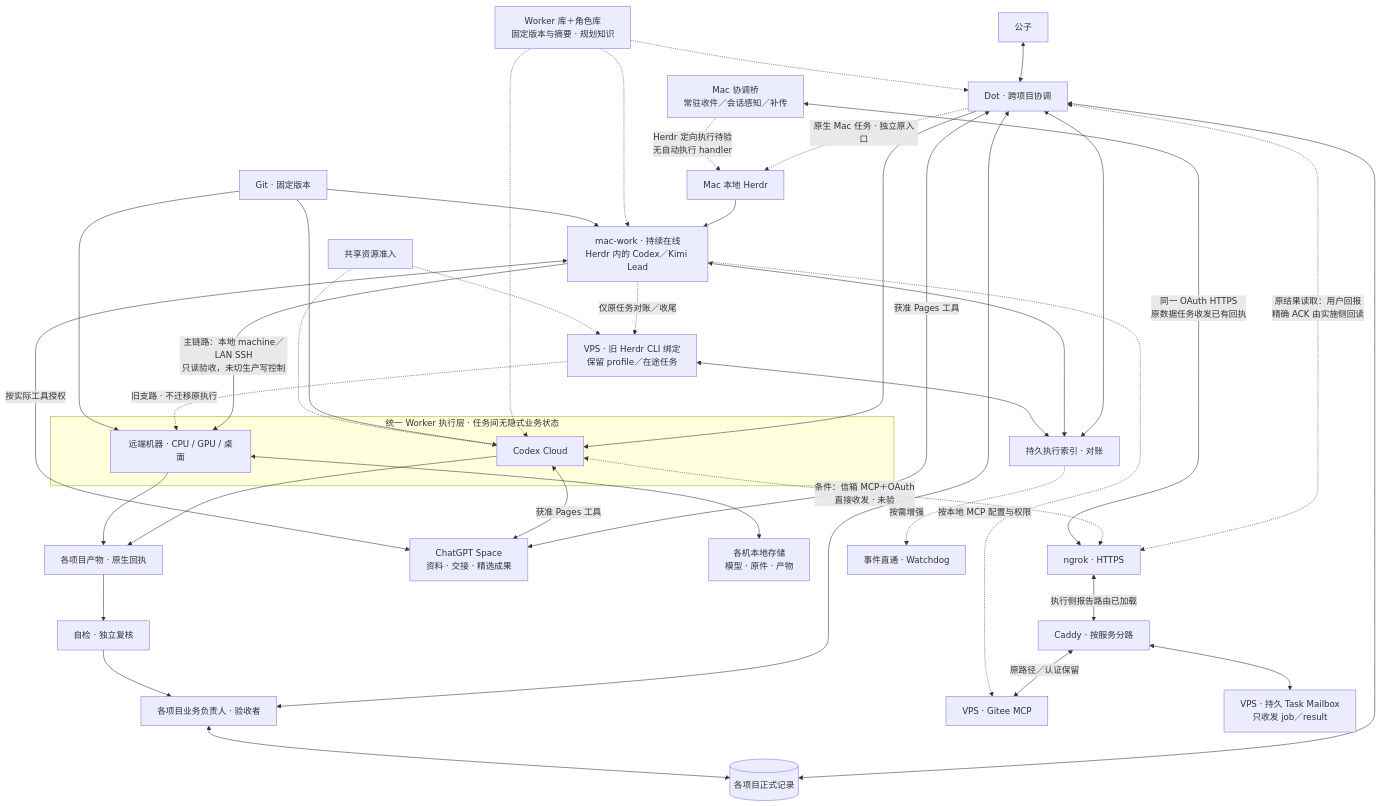
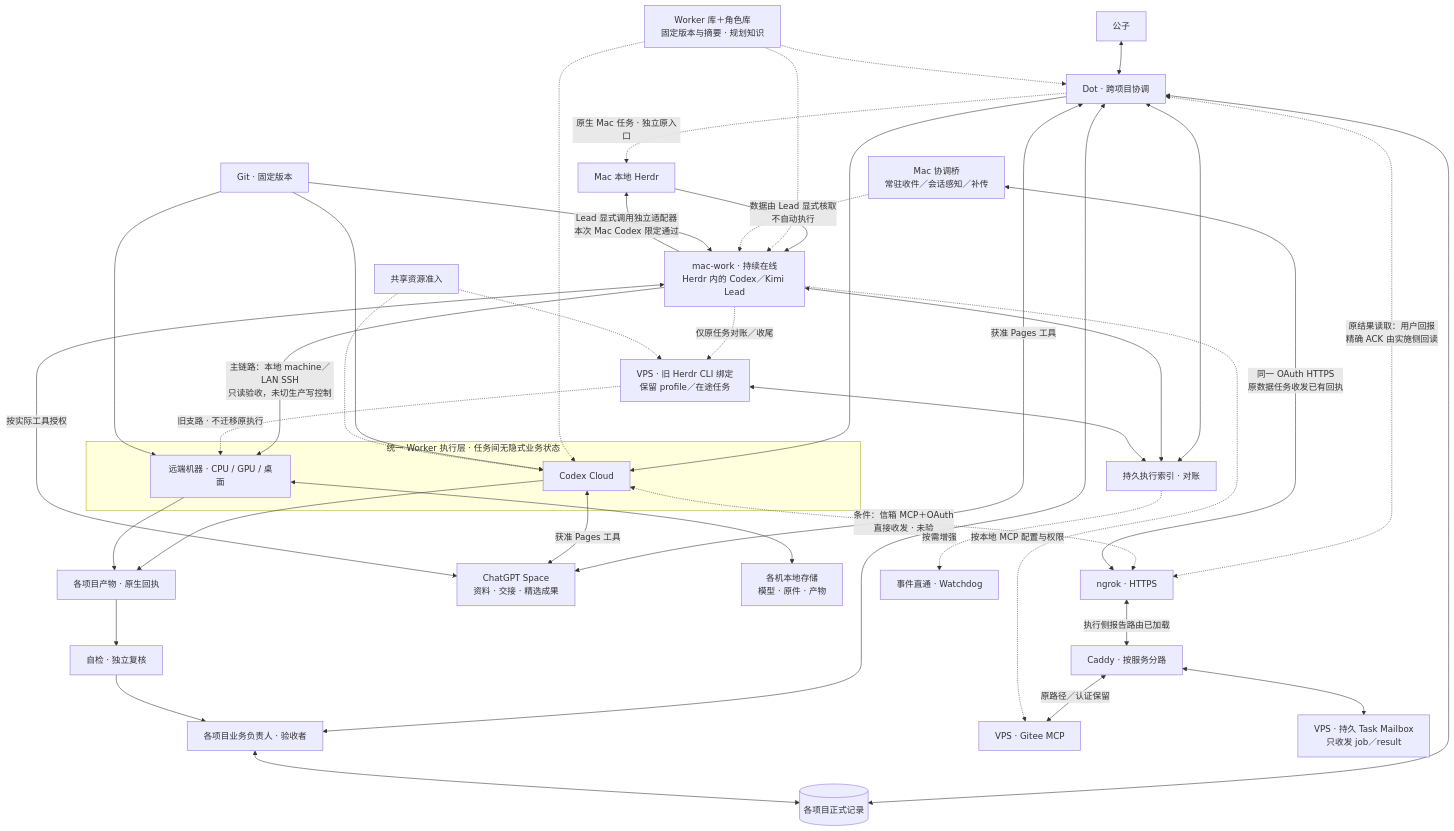
The first of 2 diagrams in docs/architecture.md (CF-FE/herdr-4-codexcloud), drawn with Mermaid before and after one commit. The commit also changed other lines of this file and 8 other files, not shown here.

````diff
--- a/docs/architecture.md
+++ b/docs/architecture.md
@@ -53,45 +53,46 @@
 ```mermaid
 flowchart TD
     U["公子"] <--> D["Dot · 跨项目协调"]
     D <--> O["各项目业务负责人 · 验收者"]
     D <--> P[("各项目正式记录")]
     O <--> P
     D -.->|"原生 Mac 任务 · 独立原入口"| H["Mac 本地 Herdr"]
     H --> A["mac-work · 持续在线<br/>Herdr 内的 Codex／Kimi Lead"]
     subgraph POOL["统一 Worker 执行层 · 任务间无隐式业务状态"]
         C["Codex Cloud"]
         M["远端机器 · CPU / GPU / 桌面"]
     end
     D --> C
     K["Worker 库＋角色库<br/>固定版本与摘要 · 规划知识"] -.-> D
     K -.-> A
     K -.-> C
     A -->|"主链路：本地 machine／LAN SSH<br/>只读验收，未切生产写控制"| M
     A -.->|"仅原任务对账／收尾"| V["VPS · 旧 Herdr CLI 绑定<br/>保留 profile／在途任务"]
     V -.->|"旧支路 · 不迁移原执行"| M
     D <-.->|"原结果读取：用户回报<br/>精确 ACK 由实施侧回读"| NG["ngrok · HTTPS"]
     C <-.->|"条件：信箱 MCP＋OAuth<br/>直接收发 · 未验"| NG
     NG <-->|"执行侧报告路由已加载"| RT["Caddy · 按服务分路"]
     RT <-->|"原路径／认证保留"| VS["VPS · Gitee MCP"]
     RT <--> MB["VPS · 持久 Task Mailbox<br/>只收发 job／result"]
     MC["Mac 协调桥<br/>常驻收件／会话感知／补传"] <-->|"同一 OAuth HTTPS<br/>原数据任务收发已有回执"| NG
-    MC -.->|"Herdr 定向执行待验<br/>无自动执行 handler"| H
+    MC -.->|"数据由 Lead 显式核取<br/>不自动执行"| A
+    A -->|"Lead 显式调用独立适配器<br/>本次 Mac Codex 限定通过"| H
     A -.->|"按本地 MCP 配置与权限"| VS
     D <-->|"获准 Pages 工具"| SP["ChatGPT Space<br/>资料 · 交接 · 精选成果"]
     C <-->|"获准 Pages 工具"| SP
     A <-->|"按实际工具授权"| SP
     G["Git · 固定版本"] --> C
     G --> A
     G --> M
     M <--> L["各机本地存储<br/>模型 · 原件 · 产物"]
     C --> R["各项目产物 · 原生回执"]
     M --> R
     R --> Q["自检 · 独立复核"]
     Q --> O
     D <--> I["持久执行索引 · 对账"]
     A <--> I
     V <--> I
     S["共享资源准入"] -.-> C
     S -.-> V
     I -.按需增强.-> W["事件直通 · Watchdog"]
 ```
````
